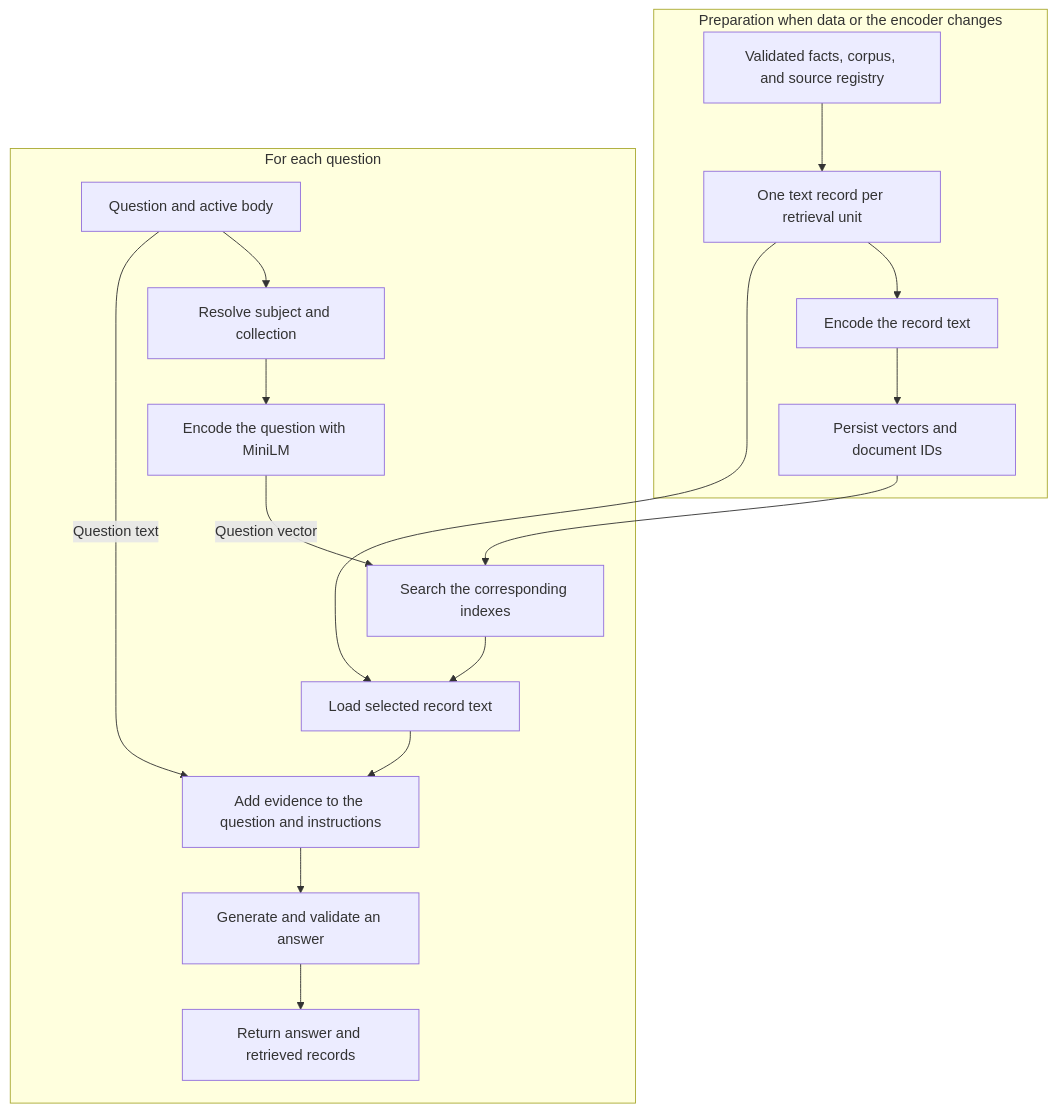
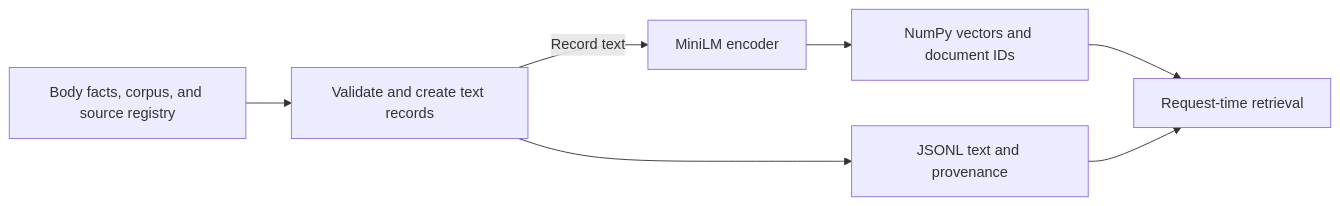
One commit to Kongstad/planetary-scanner changed the fourth of 6 diagrams in docs/ai-pipeline.md. Above: the diagram before and after it, drawn with Mermaid. The commit also changed other lines of this file, not shown here.

````diff
--- a/docs/ai-pipeline.md
+++ b/docs/ai-pipeline.md
@@ -204,20 +151,9 @@
 ```mermaid
-flowchart TD
-    subgraph Preparation[Preparation when data or the encoder changes]
-        Facts[Validated facts, corpus, and source registry] --> Records[One text record per retrieval unit]
-        Records --> Embeddings[Encode the record text]
-        Embeddings --> Index[Persist vectors and document IDs]
-    end
-    subgraph Request[For each question]
-        Question[Question and active body] --> Routing[Resolve subject and collection]
-        Routing --> QueryEmbedding[Encode the question with MiniLM]
-        QueryEmbedding -->|Question vector| Search[Search the corresponding indexes]
-        Index --> Search
-        Search --> Evidence[Load selected record text]
-        Records --> Evidence
-        Evidence --> Prompt[Add evidence to the question and instructions]
-        Question -->|Question text| Prompt
-        Prompt --> Generation[Generate and validate an answer]
-        Generation --> Response[Return answer and retrieved records]
-    end
+flowchart LR
+    Data[Body facts, corpus, and source registry] --> Validation[Validate and create text records]
+    Validation -->|Record text| MiniLM[MiniLM encoder]
+    MiniLM --> Vectors[NumPy vectors and document IDs]
+    Validation --> Records[JSONL text and provenance]
+    Vectors --> Retrieval[Request-time retrieval]
+    Records --> Retrieval
 ```
````
